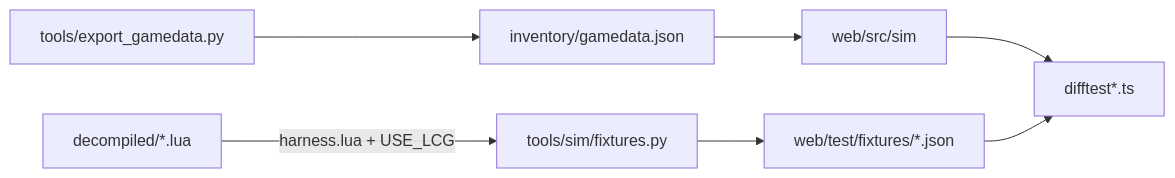
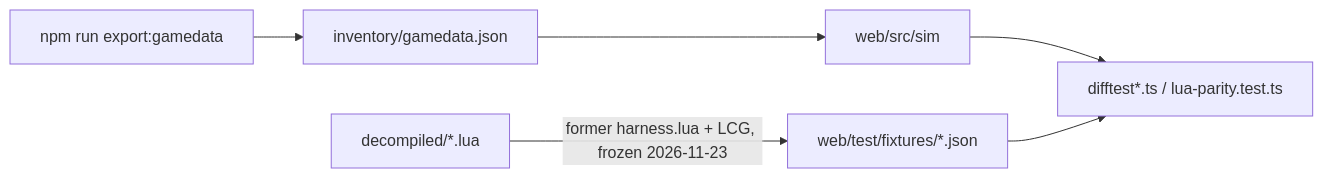
Before and after one commit to titaniteChuck/merchant-rpg-simulator: the second of 2 diagrams in docs/tooling/website/website.md, drawn with Mermaid. The commit also changed other lines of this file and 15 other files, not shown here.

````diff
--- a/docs/tooling/website/website.md
+++ b/docs/tooling/website/website.md
@@ -108,8 +109,7 @@
 ```mermaid
 flowchart LR
-  A[decompiled/*.lua] -->|harness.lua + USE_LCG| B[tools/sim/fixtures.py]
-  B --> C[web/test/fixtures/*.json]
-  D[web/src/sim] --> E[difftest*.ts]
+  A[decompiled/*.lua] -->|former harness.lua + LCG, frozen 2026-11-23| C[web/test/fixtures/*.json]
+  D[web/src/sim] --> E[difftest*.ts / lua-parity.test.ts]
   C --> E
-  F[tools/export_gamedata.py] --> G[inventory/gamedata.json] --> D
+  F[npm run export:gamedata] --> G[inventory/gamedata.json] --> D
 ```
````
